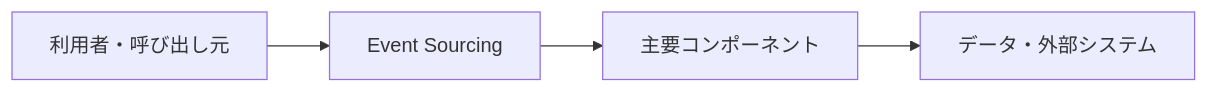
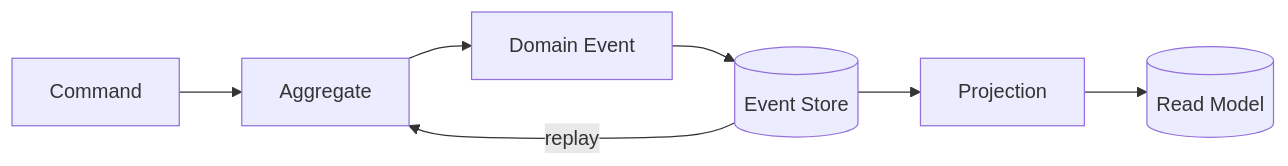
One commit to t-shirayama/architecture-notes changed the diagram in docs/データ・更新モデル系/イベントソーシング.md. Above: the diagram before and after it, drawn with Mermaid. The commit also changed other lines of this file and 3 other files, not shown here.

Commit message:
docs: expand data architecture notes

````diff
--- a/docs/データ・更新モデル系/イベントソーシング.md
+++ b/docs/データ・更新モデル系/イベントソーシング.md
@@ -24,6 +27,9 @@
 ```mermaid
 flowchart LR
-    A[利用者・呼び出し元] --> B[Event Sourcing]
-    B --> C[主要コンポーネント]
-    C --> D[データ・外部システム]
+    Command[Command] --> Aggregate[Aggregate]
+    Aggregate --> Event[Domain Event]
+    Event --> Store[(Event Store)]
+    Store -->|replay| Aggregate
+    Store --> Projection[Projection]
+    Projection --> ReadModel[(Read Model)]
 ```
````
